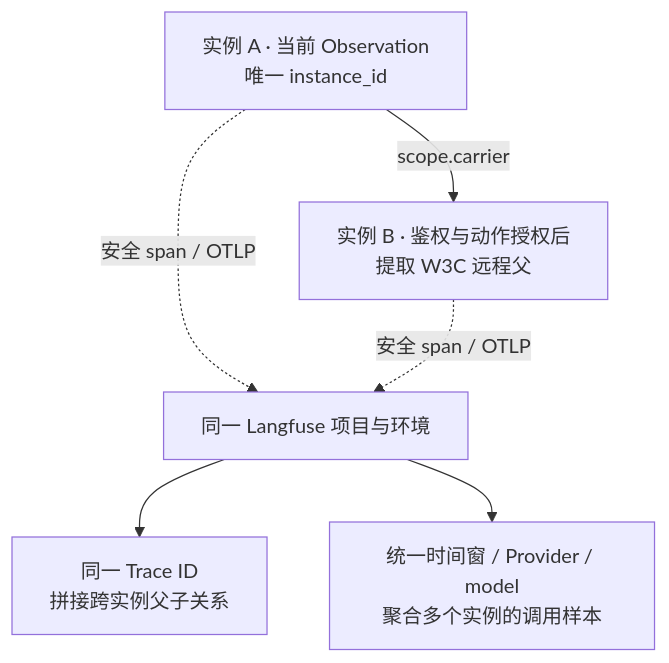
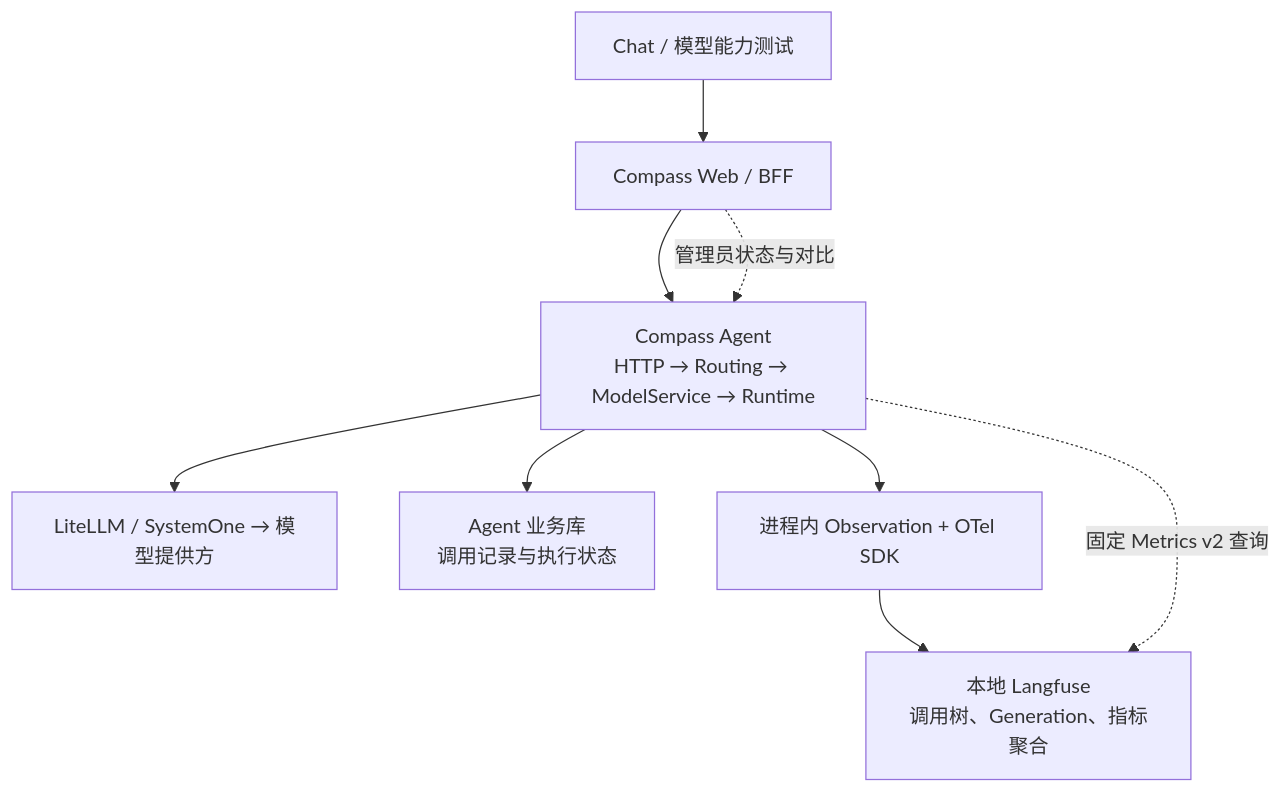
Before and after one commit to RuiLu007/compass: the third of 5 diagrams in mai-specs/990-lesson-14-model-observability/design/document/guide.md, drawn with Mermaid. The commit also changed other lines of this file and 7 other files, not shown here.

First line of the commit message:
docs(compass): finalize L14 model observability materials

````diff
--- a/mai-specs/990-lesson-14-model-observability/design/document/guide.md
+++ b/mai-specs/990-lesson-14-model-observability/design/document/guide.md
@@ -160,8 +173,11 @@
-```mermaid 可信 carrier 连接多个实例
+```mermaid Compass 应用层与观测层
 flowchart TB
-    A["实例 A · 当前 Observation<br/>唯一 instance_id"] -->|scope.carrier| B["实例 B · 鉴权与动作授权后<br/>提取 W3C 远程父"]
-    A -.安全 span / OTLP.-> LF["同一 Langfuse 项目与环境"]
-    B -.安全 span / OTLP.-> LF
-    LF --> TRACE["同一 Trace ID<br/>拼接跨实例父子关系"]
-    LF --> SUMMARY["统一时间窗 / Provider / model<br/>聚合多个实例的调用样本"]
+    UI["Chat / 模型能力测试"] --> B["Compass Web / BFF"]
+    B --> A["Compass Agent<br/>HTTP → Routing → ModelService → Runtime"]
+    A --> P["LiteLLM / SystemOne → 模型提供方"]
+    A --> DB["Agent 业务库<br/>调用记录与执行状态"]
+    A --> O["进程内 Observation + OTel SDK"]
+    O --> LF["本地 Langfuse<br/>调用树、Generation、指标聚合"]
+    B -.->|"管理员状态与对比"| A
+    A -.->|"固定 Metrics v2 查询"| LF
 ```
````
